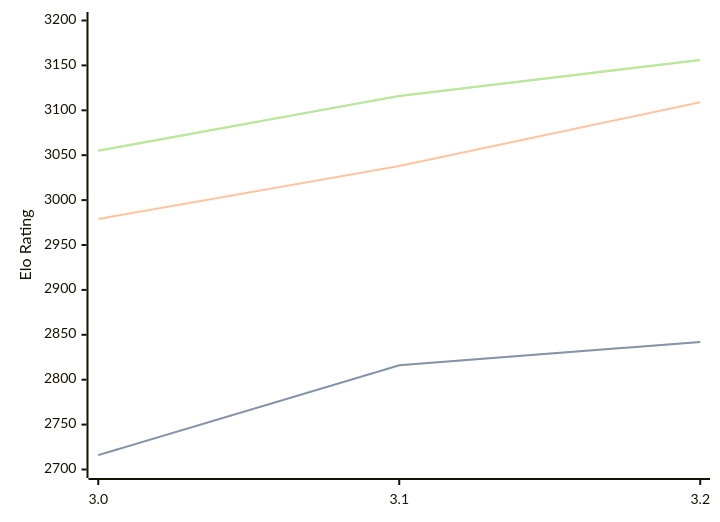
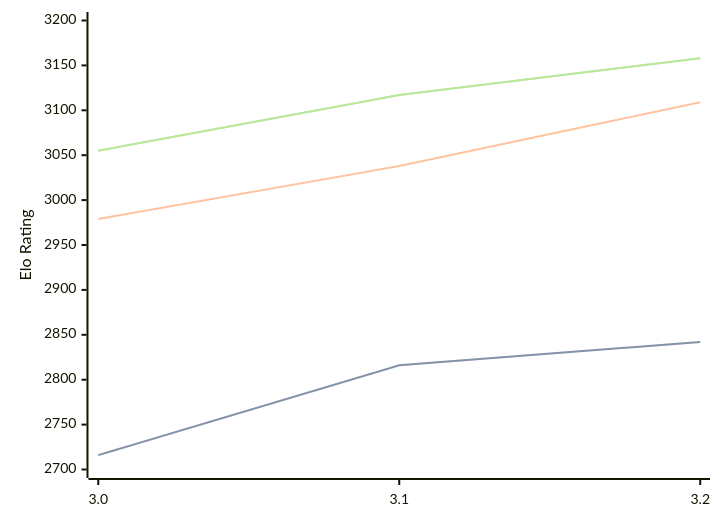
One commit to computer-chess-index/cci changed the diagram in engines/Vajolet2.md. Above: the diagram before and after it, drawn with Mermaid. The commit also changed other lines of this file, not shown here.

Commit message:
Update CCI Ratings (ELO VLTC) - 2026-07-19

````diff
--- a/engines/Vajolet2.md
+++ b/engines/Vajolet2.md
@@ -41,11 +41,11 @@
 ```mermaid
 %%{init: {"theme":"base","themeVariables":{"seriesColors:['#a3a3a3','#222221','#faa371']}}}%%
 xychart-beta
   x-axis ["3.0", "3.1", "3.2"]
   y-axis "Elo Rating" 2700 --> 3200
   line "STC (8.0+0.08s)" [2716, 2816, 2842]
   line "STC (8.0+0.08s)" [2716, 2816, 2842]
   line "LTC (60.0+0.60s)" [2979, 3038, 3109]
-  line "VLTC (2m24s+1.12s)" [3055, 3116, 3156]
-  line "VLTC (2m24s+1.12s)" [3055, 3116, 3156]
+  line "VLTC (2m24s+1.12s)" [3055, 3117, 3158]
+  line "VLTC (2m24s+1.12s)" [3055, 3117, 3158]
 ```
````
